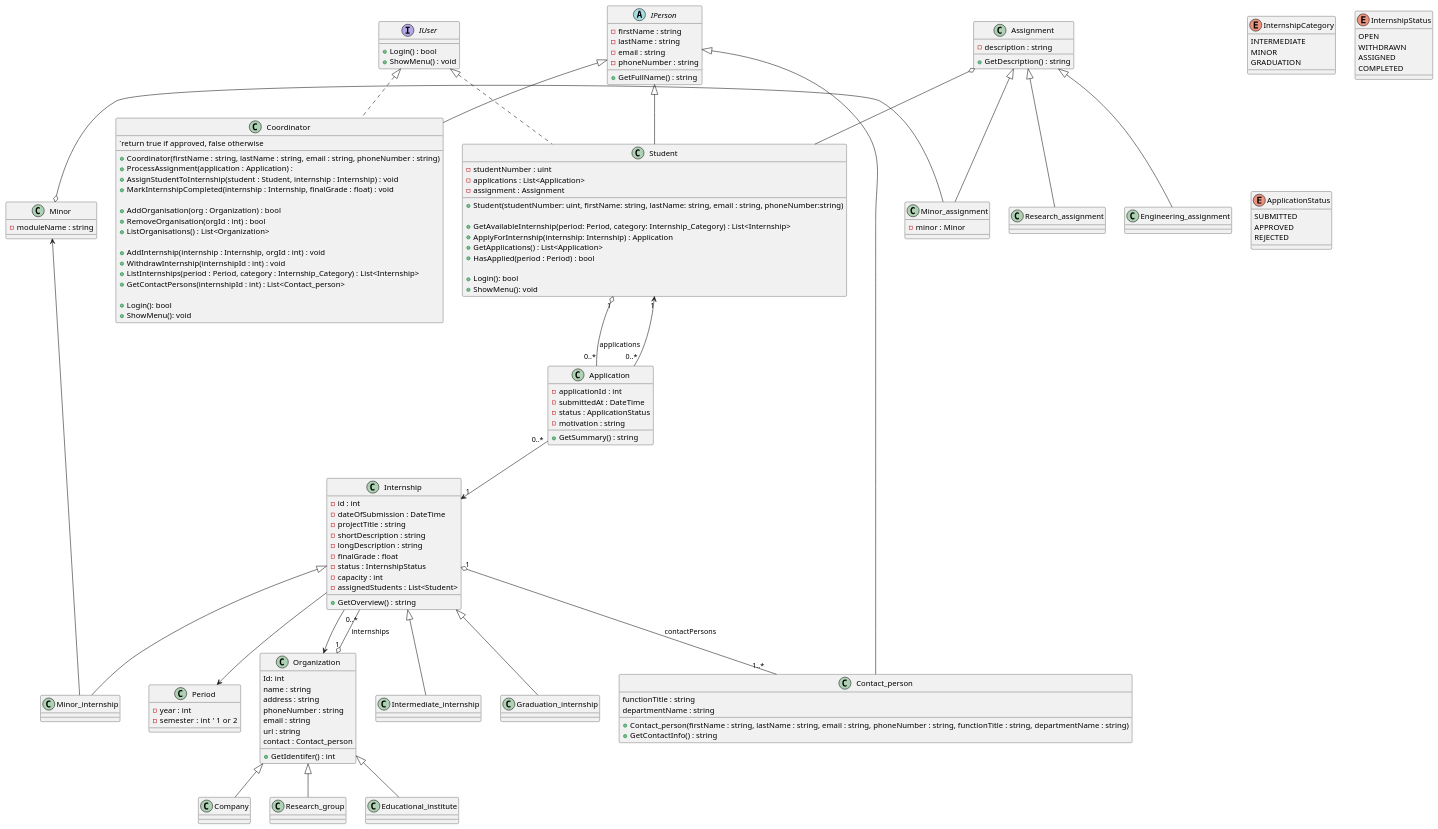
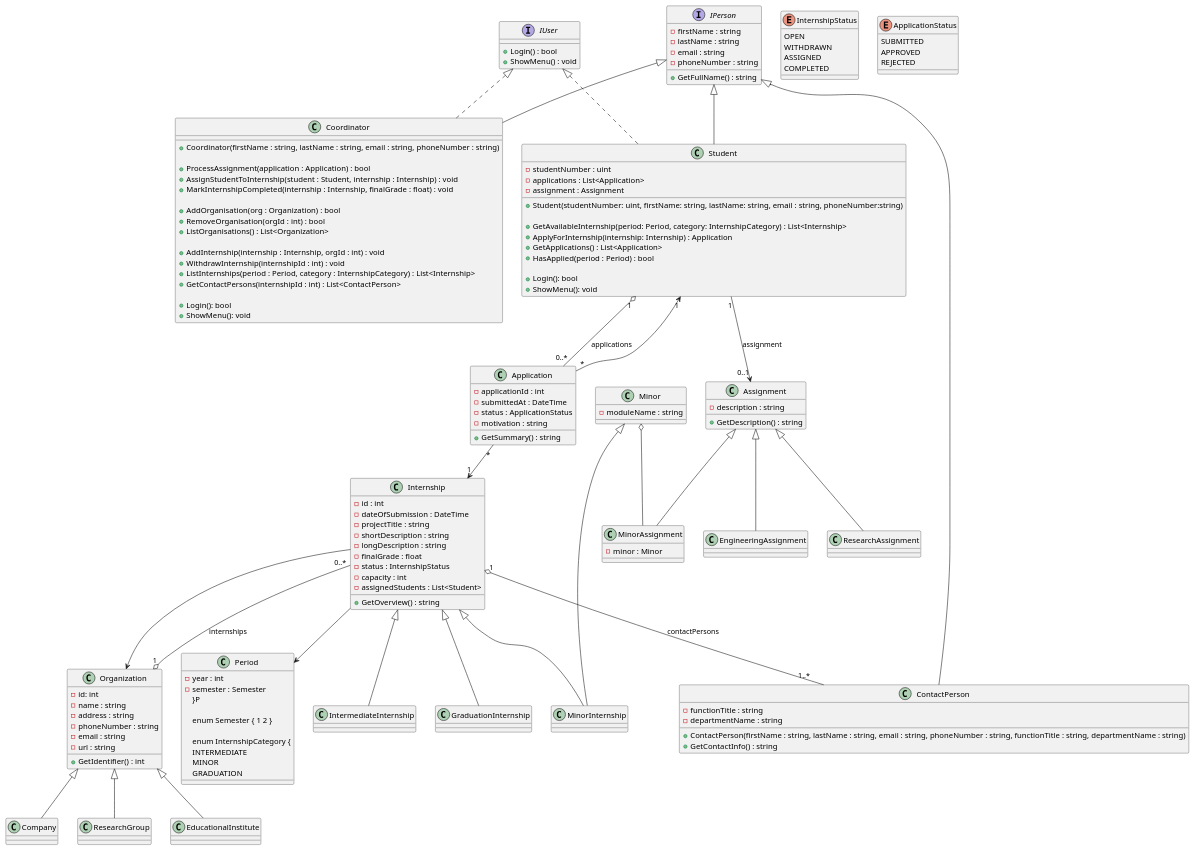
The diagram in Week3/ClassDiagram.puml (JoiningwithMattheus/Week1), drawn with PlantUML before and after one commit. The commit also changed 5 other files, not shown here.

```diff
--- a/Week3/ClassDiagram.puml
+++ b/Week3/ClassDiagram.puml
@@ -1,176 +1,176 @@
 @startuml SIS
 
-interface IUser{
+interface IUser {
     +Login() : bool
     +ShowMenu() : void
 }
 
-abstract class IPerson{
+interface IPerson {
     -firstName : string
     -lastName : string
     -email : string
     -phoneNumber : string
     +GetFullName() : string
 }
 
 class Student {
     -studentNumber : uint
     -applications : List<Application>
     -assignment : Assignment
 
     +Student(studentNumber: uint, firstName: string, lastName: string, email : string, phoneNumber:string)
 
-    +GetAvailableInternship(period: Period, category: Internship_Category) : List<Internship>
+    +GetAvailableInternship(period: Period, category: InternshipCategory) : List<Internship>
     +ApplyForInternship(internship: Internship) : Application
     +GetApplications() : List<Application>
     +HasApplied(period : Period) : bool
 
     +Login(): bool
     +ShowMenu(): void
 }
 
 class Coordinator {
     +Coordinator(firstName : string, lastName : string, email : string, phoneNumber : string)
 
-    `return true if approved, false otherwise
-    +ProcessAssignment(application : Application) : 
+    +ProcessAssignment(application : Application) : bool
     +AssignStudentToInternship(student : Student, internship : Internship) : void
     +MarkInternshipCompleted(internship : Internship, finalGrade : float) : void
 
     +AddOrganisation(org : Organization) : bool
     +RemoveOrganisation(orgId : int) : bool
     +ListOrganisations() : List<Organization>
 
     +AddInternship(internship : Internship, orgId : int) : void
     +WithdrawInternship(internshipId : int) : void
-    +ListInternships(period : Period, category : Internship_Category) : List<Internship>
-    +GetContactPersons(internshipId : int) : List<Contact_person>
+    +ListInternships(period : Period, category : InternshipCategory) : List<Internship>
+    +GetContactPersons(internshipId : int) : List<ContactPerson>
 
     +Login(): bool
     +ShowMenu(): void
 }
 
 IUser <|.. Student
 IUser <|.. Coordinator
 
 IPerson <|-- Student
 IPerson <|-- Coordinator
 
-
 class Organization {
-    Id: int
-    name : string
-    address : string
-    phoneNumber : string
-    email : string
-    url : string
-    contact : Contact_person
-    +GetIdentifer() : int
+    -id: int
+    -name : string
+    -address : string
+    -phoneNumber : string
+    -email : string
+    -url : string
+    +GetIdentifier() : int
 }
 
-class Contact_person {
-    functionTitle : string
-    departmentName : string
-    + Contact_person(firstName : string, lastName : string, email : string, phoneNumber : string, functionTitle : string, departmentName : string)
-    + GetContactInfo() : string
+class ContactPerson {
+    -functionTitle : string
+    -departmentName : string
+    +ContactPerson(firstName : string, lastName : string, email : string, phoneNumber : string, functionTitle : string, departmentName : string)
+    +GetContactInfo() : string
 }
-
-IPerson <|-- Contact_person
+IPerson <|-- ContactPerson
 
 class Company
-class Research_group
-class Educational_institute
+class ResearchGroup
+class EducationalInstitute
 
 Organization <|-- Company
-Organization <|-- Research_group
-Organization <|-- Educational_institute
+Organization <|-- ResearchGroup
+Organization <|-- EducationalInstitute
 
 class Period {
-    - year : int
-    - semester : int  ' 1 or 2
-}
+    -year : int
+    -semester : Semester
+}P
+
+enum Semester { 1 2 }
 
 enum InternshipCategory {
     INTERMEDIATE
     MINOR
     GRADUATION
 }
 
 class Internship {
-    - id : int
-    - dateOfSubmission : DateTime
-    - projectTitle : string
-    - shortDescription : string
-    - longDescription : string
-    - finalGrade : float
-    - status : InternshipStatus
-    - capacity : int      
-    - assignedStudents : List<Student>
+    -id : int
+    -dateOfSubmission : DateTime
+    -projectTitle : string
+    -shortDescription : string
+    -longDescription : string
+    -finalGrade : float
+    -status : InternshipStatus
+    -capacity : int
+    -assignedStudents : List<Student>
 
-    + GetOverview() : string
+    +GetOverview() : string
 }
 
 enum InternshipStatus {
     OPEN
     WITHDRAWN
     ASSIGNED
     COMPLETED
 }
 
 Internship --> Period
 Internship --> Organization
-
-Internship "1" o-- "1..*" Contact_person : contactPersons
+Internship "1" o-- "1..*" ContactPerson : contactPersons
 
 Organization "1" o-- "0..*" Internship : internships
 
+
 class Application {
-    - applicationId : int
-    - submittedAt : DateTime
-    - status : ApplicationStatus
-    - motivation : string
+    -applicationId : int
+    -submittedAt : DateTime
+    -status : ApplicationStatus
+    -motivation : string
 
-    + GetSummary() : string
+    +GetSummary() : string
 }
 
 enum ApplicationStatus {
     SUBMITTED
     APPROVED
     REJECTED
 }
 
 Student "1" o-- "0..*" Application : applications
-Application "0..*" --> "1" Internship
-Application "0..*" --> "1" Student
+Application "*" --> "1" Internship
+Application "*" --> "1" Student
 
 class Assignment {
-    - description : string
-    + GetDescription() : string
+    -description : string
+    +GetDescription() : string
 }
-Assignment o-- Student
 
-class Research_assignment
-class Minor_assignment {
-    - minor : Minor
+Assignment <|-- ResearchAssignment
+Assignment <|-- MinorAssignment
+Assignment <|-- EngineeringAssignment
+
+class ResearchAssignment
+class MinorAssignment {
+    -minor : Minor
 }
-class Engineering_assignment
+class EngineeringAssignment
 
-Assignment <|-- Research_assignment
-Assignment <|-- Minor_assignment
-Assignment <|-- Engineering_assignment
+Student "1" --> "0..1" Assignment : assignment
 
 class Minor {
-    - moduleName : string
+    -moduleName : string
 }
-Minor <-- Minor_internship
-Minor o- Minor_assignment
 
-class Intermediate_internship
-class Minor_internship
-class Graduation_internship
+Minor <|-- MinorInternship
+Minor o-- MinorAssignment
 
-Internship <|-- Intermediate_internship
-Internship <|-- Minor_internship
-Internship <|-- Graduation_internship
+class IntermediateInternship
+class MinorInternship
+class GraduationInternship
+
+Internship <|-- IntermediateInternship
+Internship <|-- MinorInternship
+Internship <|-- GraduationInternship
 
 @enduml
```
